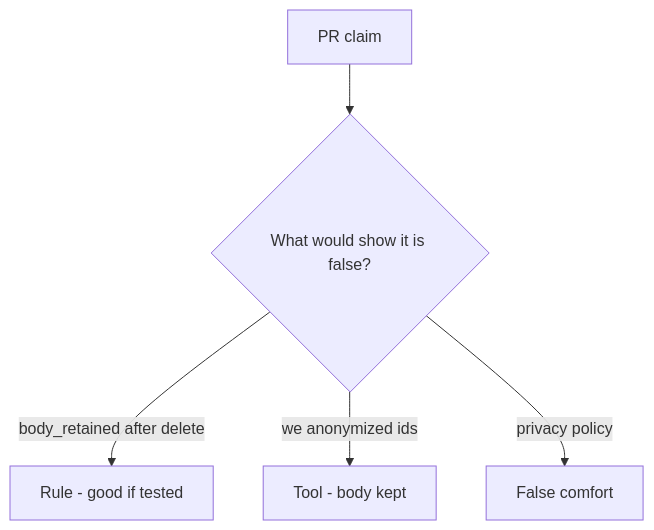
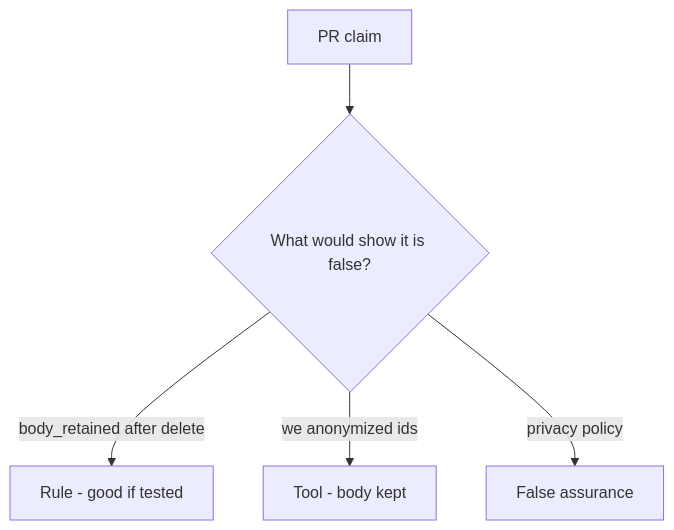
Before and after one commit to ishitvagoel/LearnSecurity: the diagram in content/modules/5/5.1/lessons/08-review.md, drawn with Mermaid. The commit also changed other lines of this file and 240 other files, not shown here.

````diff
--- a/content/modules/5/5.1/lessons/08-review.md
+++ b/content/modules/5/5.1/lessons/08-review.md
@@ -18,7 +18,7 @@
 ```mermaid
 flowchart TD
   Claim[PR claim] --> Q{"What would show it is false?"}
   Q -->|"body_retained after delete"| Property["Rule - good if tested"]
   Q -->|"we anonymized ids"| Mechanism[Tool - body kept]
-  Q -->|"privacy policy"| False[False comfort]
+  Q -->|"privacy policy"| False[False assurance]
 ```
````
